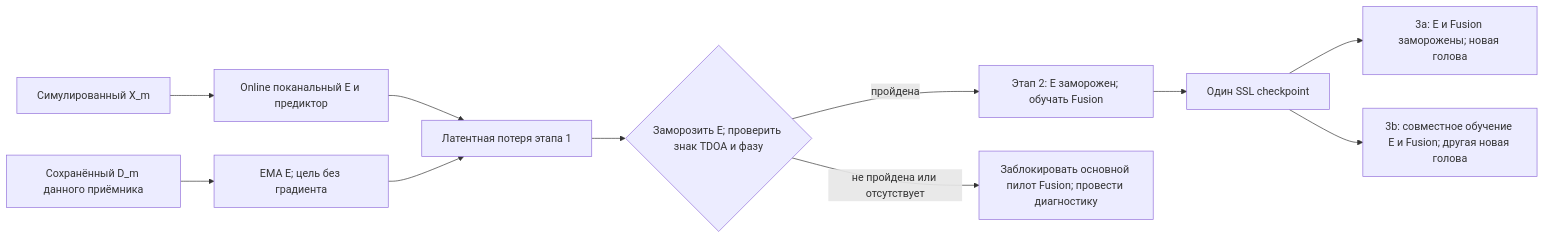
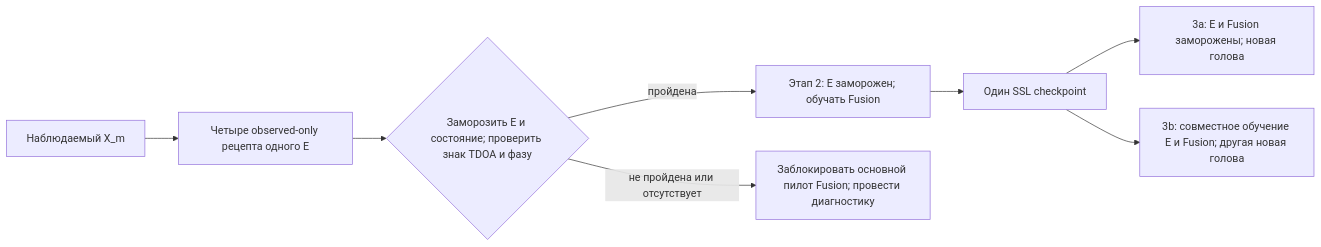
Before and after one commit to NikitaS2001/hydroacoustic-doa: the diagram in docs/method.md, drawn with Mermaid. The commit also changed other lines of this file and 43 other files, not shown here.

````diff
--- a/docs/method.md
+++ b/docs/method.md
@@ -162,13 +193,10 @@
 ```mermaid
 flowchart LR
-    X[Симулированный X_m] --> E[Online поканальный E и предиктор]
-    D[Сохранённый D_m данного приёмника] --> T[EMA E; цель без градиента]
-    E --> A[Латентная потеря этапа 1]
-    T --> A
-    A --> G{Заморозить E; проверить знак TDOA и фазу}
+    X[Наблюдаемый X_m] --> E[Четыре observed-only рецепта одного E]
+    E --> G{Заморозить E и состояние; проверить знак TDOA и фазу}
     G -->|пройдена| F[Этап 2: E заморожен; обучать Fusion]
     G -->|не пройдена или отсутствует| Q[Заблокировать основной пилот Fusion; провести диагностику]
     F --> C[Один SSL checkpoint]
     C --> H[3a: E и Fusion заморожены; новая голова]
     C --> J[3b: совместное обучение E и Fusion; другая новая голова]
 ```
````
